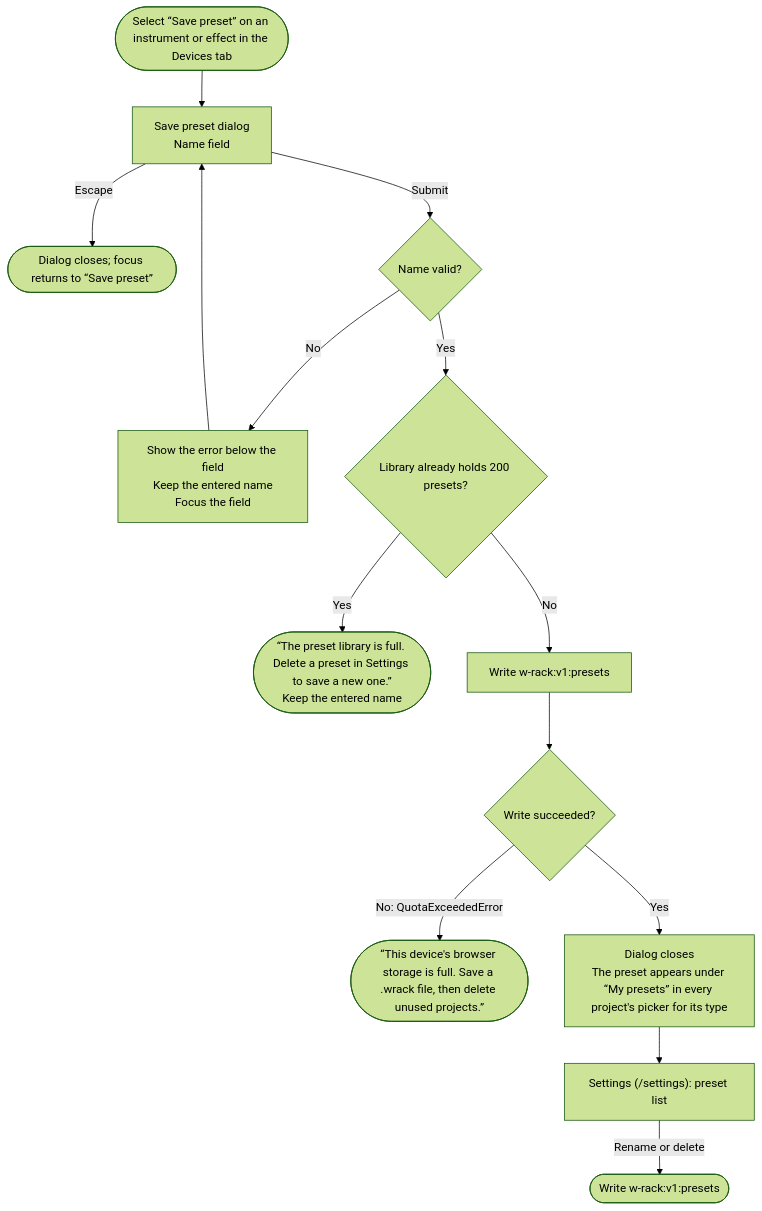
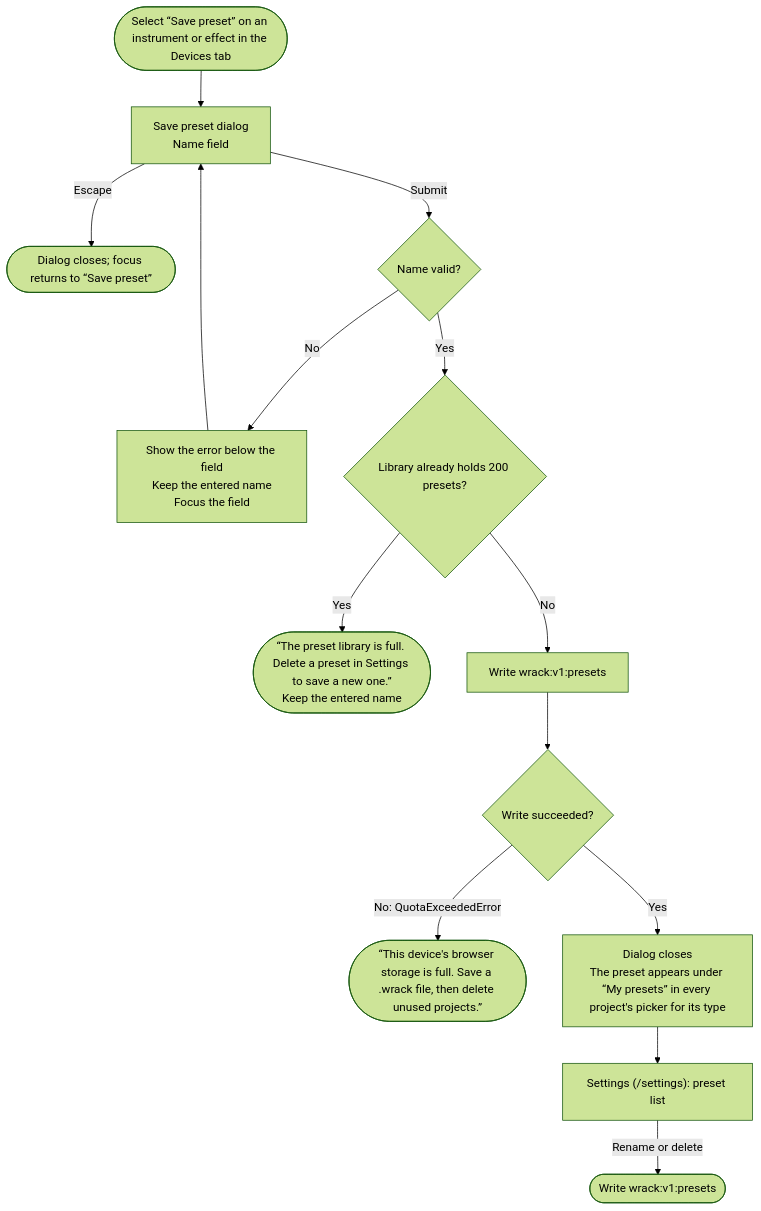
One commit to victor-almaraz/mpcs-51238-assignment-3 changed the fifth of 10 diagrams in README.md. Above: the diagram before and after it, drawn with Mermaid (forest theme). The commit also changed other lines of this file and 58 other files, not shown here.

First line of the commit message:
chore: rename the app from W-Rack to Wrack

````diff
--- a/README.md
+++ b/README.md
@@ -107,16 +107,16 @@
 ```mermaid
 flowchart TD
   sp_start(["Select “Save preset” on an instrument or effect in the Devices tab"]) --> sp_dialog["Save preset dialog<br/>Name field"]
   sp_dialog -->|"Escape"| sp_close(["Dialog closes; focus returns to “Save preset”"])
   sp_dialog -->|"Submit"| sp_valid{"Name valid?"}
   sp_valid -->|"No"| sp_err["Show the error below the field<br/>Keep the entered name<br/>Focus the field"]
   sp_err --> sp_dialog
   sp_valid -->|"Yes"| sp_limit{"Library already holds 200 presets?"}
   sp_limit -->|"Yes"| sp_refuse(["“The preset library is full. Delete a preset in Settings to save a new one.”<br/>Keep the entered name"])
-  sp_limit -->|"No"| sp_write["Write w-rack:v1:presets"]
+  sp_limit -->|"No"| sp_write["Write wrack:v1:presets"]
   sp_write --> sp_quota{"Write succeeded?"}
   sp_quota -->|"No: QuotaExceededError"| sp_full(["“This device's browser storage is full. Save a .wrack file, then delete unused projects.”"])
   sp_quota -->|"Yes"| sp_done["Dialog closes<br/>The preset appears under “My presets” in every project's picker for its type"]
   sp_done --> sp_settings["Settings (/settings): preset list"]
-  sp_settings -->|"Rename or delete"| sp_manage(["Write w-rack:v1:presets"])
+  sp_settings -->|"Rename or delete"| sp_manage(["Write wrack:v1:presets"])
 ```
````
